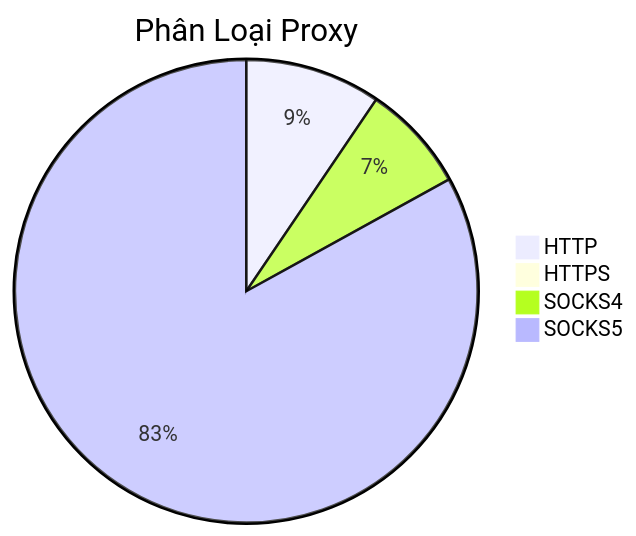
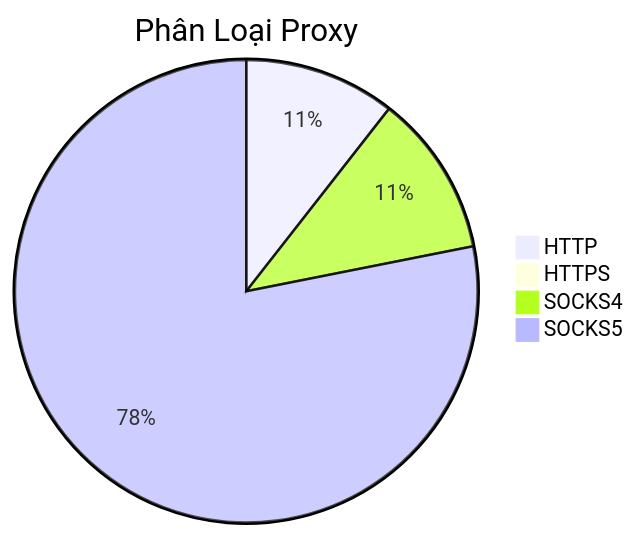
One commit to Ciara-Aa/PROXY-free changed the diagram in README.md. Above: the diagram before and after it, drawn with Mermaid. The commit also changed other lines of this file and 4 other files, not shown here.

````diff
--- a/README.md
+++ b/README.md
@@ -26,7 +26,7 @@
 ```mermaid
 pie title Phân Loại Proxy
-    "HTTP" : 401
-    "HTTPS" : 2
-    "SOCKS4" : 317
-    "SOCKS5" : 3511
+    "HTTP" : 282
+    "HTTPS" : 3
+    "SOCKS4" : 302
+    "SOCKS5" : 2085
 ```
````
